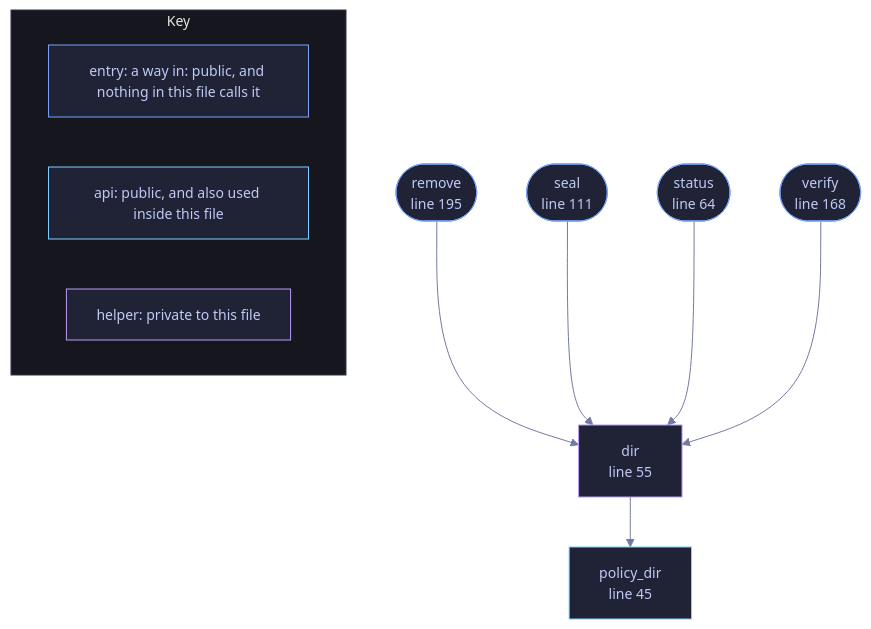
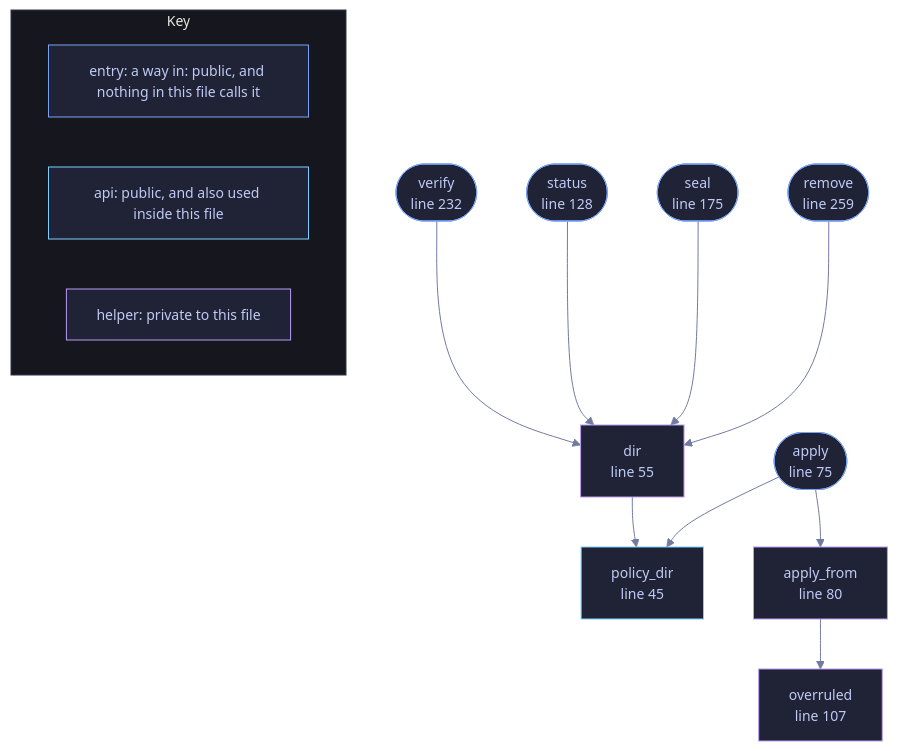
One commit to tilas01/veilvoice changed the diagram in docs/files/veilvoice-cli/policy.md. Above: the diagram before and after it, drawn with Mermaid. The commit also changed other lines of this file and 514 other files, not shown here.

````diff
--- a/docs/files/veilvoice-cli/policy.md
+++ b/docs/files/veilvoice-cli/policy.md
@@ -91,36 +93,45 @@
 ```mermaid
 %%{init: {"theme":"base","themeVariables":{"background":"#1a1b26","primaryColor":"#1f2335","primaryTextColor":"#c0caf5","primaryBorderColor":"#7aa2f7","secondaryColor":"#16161e","tertiaryColor":"#16161e","lineColor":"#737aa2","textColor":"#c0caf5","mainBkg":"#1f2335","nodeBorder":"#7aa2f7","clusterBkg":"#16161e","clusterBorder":"#2f3549","fontFamily":"ui-monospace, SFMono-Regular, Consolas, monospace","fontSize":"14px"}}}%%
 flowchart TD
     n_policy_dir["policy_dir<br/>line 45"]
     n_dir["dir<br/>line 55"]
-    n_status(["status<br/>line 64"])
-    n_seal(["seal<br/>line 111"])
-    n_verify(["verify<br/>line 168"])
-    n_remove(["remove<br/>line 195"])
+    n_apply(["apply<br/>line 75"])
+    n_apply_from["apply_from<br/>line 80"]
+    n_overruled["overruled<br/>line 107"]
+    n_status(["status<br/>line 128"])
+    n_seal(["seal<br/>line 175"])
+    n_verify(["verify<br/>line 232"])
+    n_remove(["remove<br/>line 259"])
+    n_apply --> n_apply_from
+    n_apply --> n_policy_dir
+    n_apply_from --> n_overruled
     n_dir --> n_policy_dir
     n_remove --> n_dir
     n_seal --> n_dir
     n_status --> n_dir
     n_verify --> n_dir
     click n_policy_dir href "https://github.com/tilas01/veilvoice/blob/main/crates/veilvoice-cli/src/policy.rs#L45" "open the source"
     click n_dir href "https://github.com/tilas01/veilvoice/blob/main/crates/veilvoice-cli/src/policy.rs#L55" "open the source"
-    click n_status href "https://github.com/tilas01/veilvoice/blob/main/crates/veilvoice-cli/src/policy.rs#L64" "open the source"
-    click n_seal href "https://github.com/tilas01/veilvoice/blob/main/crates/veilvoice-cli/src/policy.rs#L111" "open the source"
-    click n_verify href "https://github.com/tilas01/veilvoice/blob/main/crates/veilvoice-cli/src/policy.rs#L168" "open the source"
-    click n_remove href "https://github.com/tilas01/veilvoice/blob/main/crates/veilvoice-cli/src/policy.rs#L195" "open the source"
+    click n_apply href "https://github.com/tilas01/veilvoice/blob/main/crates/veilvoice-cli/src/policy.rs#L75" "open the source"
+    click n_apply_from href "https://github.com/tilas01/veilvoice/blob/main/crates/veilvoice-cli/src/policy.rs#L80" "open the source"
+    click n_overruled href "https://github.com/tilas01/veilvoice/blob/main/crates/veilvoice-cli/src/policy.rs#L107" "open the source"
+    click n_status href "https://github.com/tilas01/veilvoice/blob/main/crates/veilvoice-cli/src/policy.rs#L128" "open the source"
+    click n_seal href "https://github.com/tilas01/veilvoice/blob/main/crates/veilvoice-cli/src/policy.rs#L175" "open the source"
+    click n_verify href "https://github.com/tilas01/veilvoice/blob/main/crates/veilvoice-cli/src/policy.rs#L232" "open the source"
+    click n_remove href "https://github.com/tilas01/veilvoice/blob/main/crates/veilvoice-cli/src/policy.rs#L259" "open the source"
     classDef entry fill:#1f2335,stroke:#7aa2f7,color:#c0caf5
-    class n_status,n_seal,n_verify,n_remove entry
+    class n_apply,n_status,n_seal,n_verify,n_remove entry
     classDef api fill:#1f2335,stroke:#7dcfff,color:#c0caf5
     class n_policy_dir api
     classDef helper fill:#1f2335,stroke:#bb9af7,color:#c0caf5
-    class n_dir helper
+    class n_dir,n_apply_from,n_overruled helper
     subgraph chart_key ["Key"]
         direction LR
         key_entry["entry: a way in: public, and nothing in this file calls it"]
         key_api["api: public, and also used inside this file"]
         key_helper["helper: private to this file"]
     end
     class key_entry entry
     class key_api api
     class key_helper helper
 ```
````
